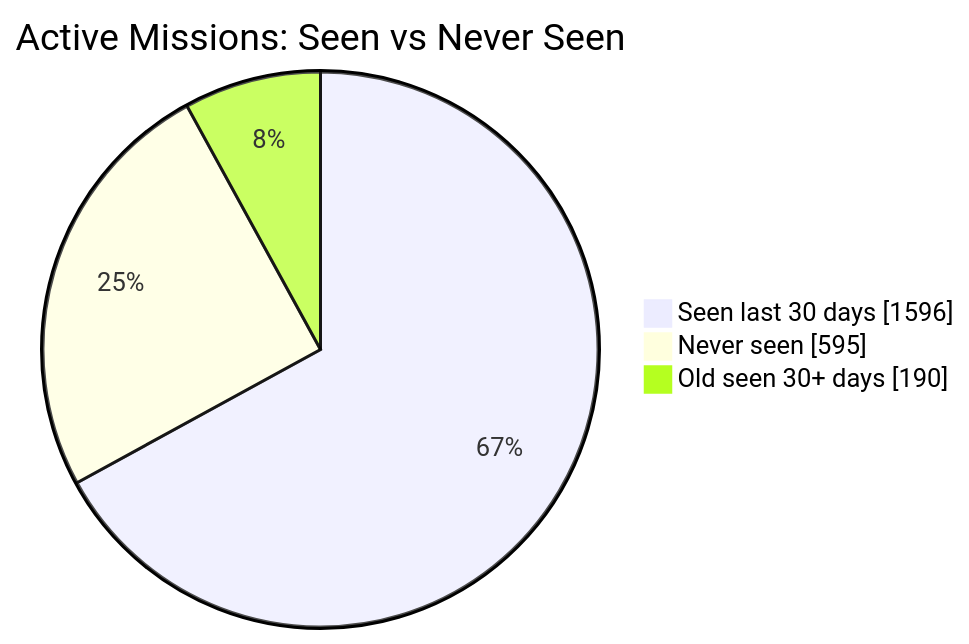
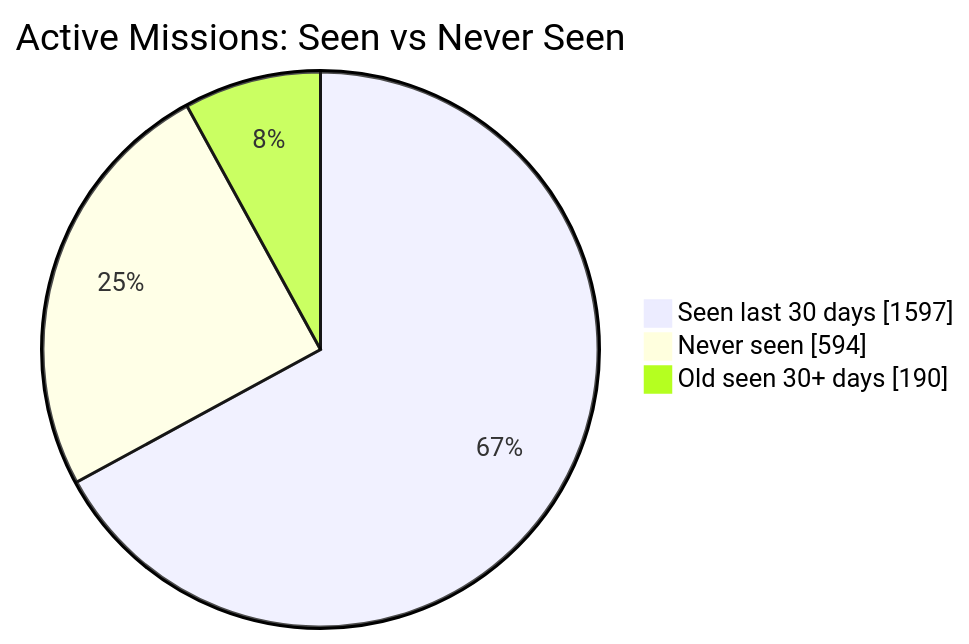
The first of 2 diagrams in README.md (MeldkamerspelGameTeam/active-missions), drawn with Mermaid before and after one commit. The commit also changed other lines of this file and 3 other files, not shown here.

````diff
--- a/README.md
+++ b/README.md
@@ -34,7 +34,7 @@
 ```mermaid
 pie showData
     title Active Missions: Seen vs Never Seen
-    "Seen last 30 days" : 1596
-    "Never seen" : 595
+    "Seen last 30 days" : 1597
+    "Never seen" : 594
     "Old seen 30+ days" : 190
 ```
````
